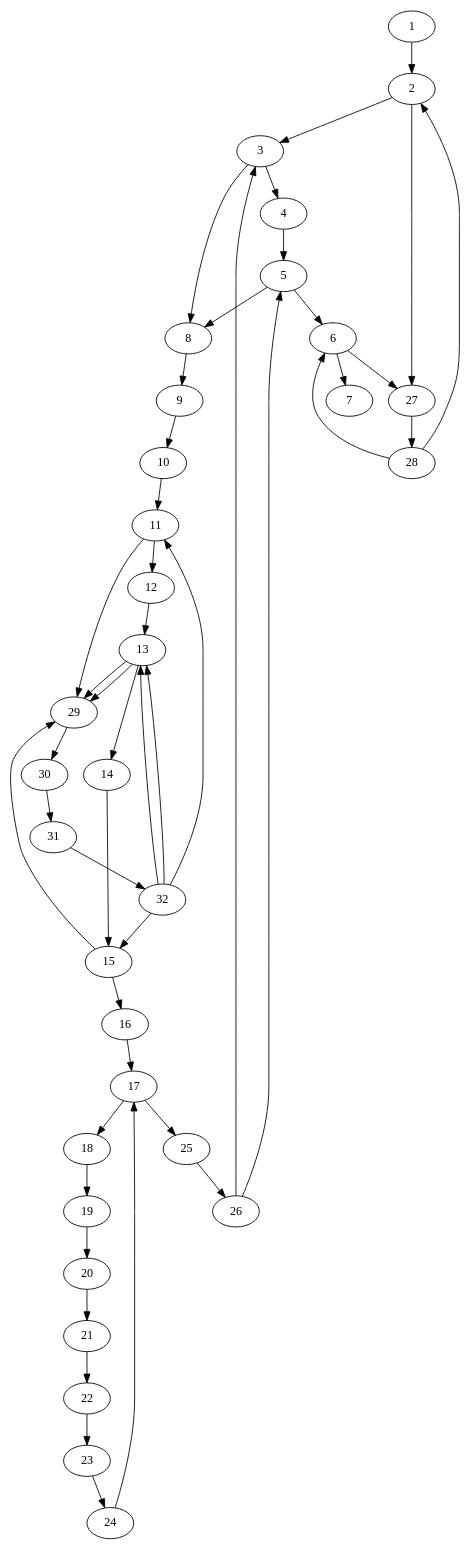
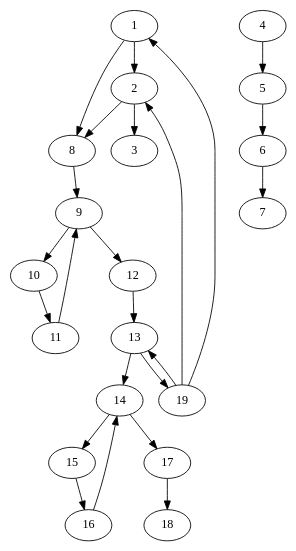
Before and after one commit to Diego77Blaze/gramaticaspl3: the diagram in grafoCompleto.dot, drawn with Graphviz. The commit also changed 21 other files, not shown here.

```diff
--- a/grafoCompleto.dot
+++ b/grafoCompleto.dot
@@ -1,47 +1,25 @@
 digraph grafoCompleto {
 	1->2;
+	1->8;
 	2->3;
-	2->27;
-	3->4;
-	3->8;
+	2->8;
 	4->5;
 	5->6;
-	5->8;
 	6->7;
-	6->27;
 	8->9;
 	9->10;
+	9->12;
 	10->11;
-	11->12;
-	11->29;
+	11->9;
 	12->13;
 	13->14;
-	13->29;
-	13->29;
+	13->19;
 	14->15;
+	14->17;
 	15->16;
-	15->29;
-	16->17;
+	16->14;
 	17->18;
-	17->25;
-	18->19;
-	19->20;
-	20->21;
-	21->22;
-	22->23;
-	23->24;
-	24->17;
-	25->26;
-	26->3;
-	26->5;
-	27->28;
-	28->2;
-	28->6;
-	29->30;
-	30->31;
-	31->32;
-	32->11;
-	32->13;
-	32->13;
-	32->15;
+	19->13;
+	19->1;
+	19->2;
 	}
```
